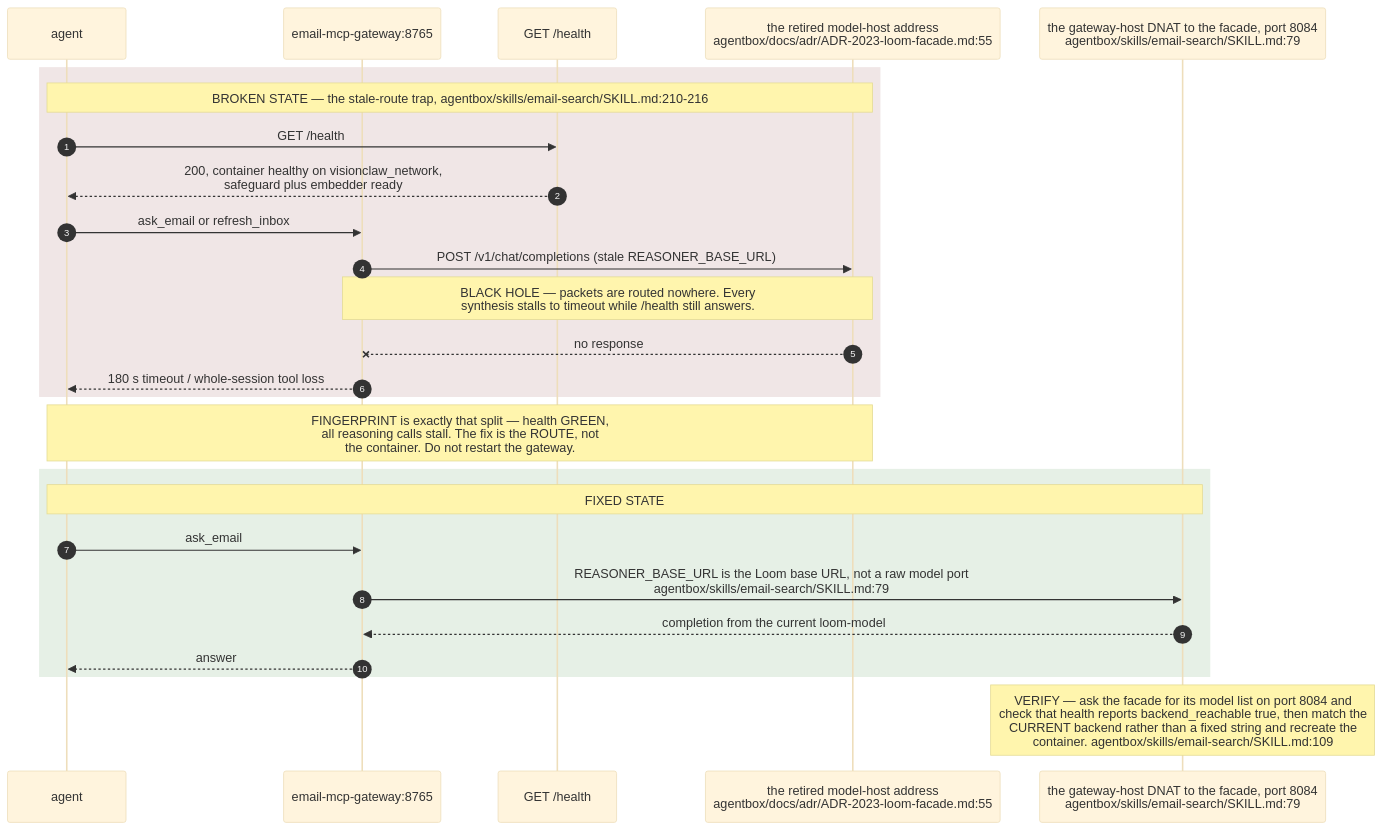
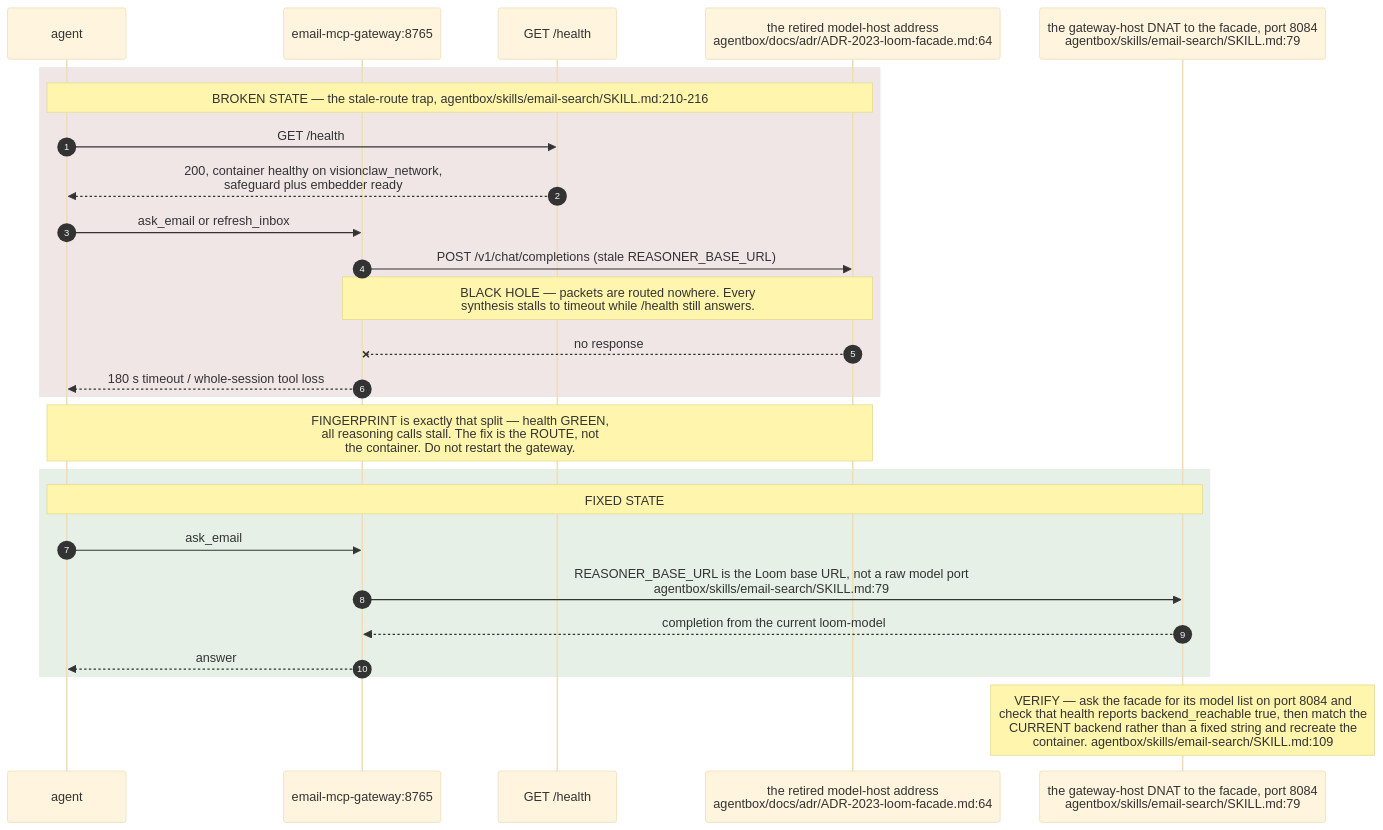
Before and after one commit to DreamLab-AI/VisionFlow: the seventh of 11 diagrams in docs/diagrams/estate/06-loom-and-email-privacy-path.md, drawn with Mermaid (base theme). The commit also changed other lines of this file and 91 other files, not shown here.

````diff
--- a/docs/diagrams/estate/06-loom-and-email-privacy-path.md
+++ b/docs/diagrams/estate/06-loom-and-email-privacy-path.md
@@ -241,29 +244,29 @@
 ```mermaid
 sequenceDiagram
     autonumber
     participant A as agent
     participant G as email-mcp-gateway:8765
     participant H as GET /health
-    participant DEAD as the retired model-host address<br/>agentbox/docs/adr/ADR-2023-loom-facade.md:55
+    participant DEAD as the retired model-host address<br/>agentbox/docs/adr/ADR-2023-loom-facade.md:64
     participant GOOD as the gateway-host DNAT to the facade, port 8084<br/>agentbox/skills/email-search/SKILL.md:79
 
     rect rgb(240,230,230)
     Note over A,DEAD: BROKEN STATE — the stale-route trap, agentbox/skills/email-search/SKILL.md:210-216
     A->>H: GET /health
     H-->>A: 200, container healthy on visionclaw_network,<br/>safeguard plus embedder ready
     A->>G: ask_email or refresh_inbox
     G->>DEAD: POST /v1/chat/completions (stale REASONER_BASE_URL)
     Note over G,DEAD: BLACK HOLE — packets are routed nowhere. Every<br/>synthesis stalls to timeout while /health still answers.
     DEAD--xG: no response
     G-->>A: 180 s timeout / whole-session tool loss
     end
     Note over A,DEAD: FINGERPRINT is exactly that split — health GREEN,<br/>all reasoning calls stall. The fix is the ROUTE, not<br/>the container. Do not restart the gateway.
     rect rgb(230,240,230)
     Note over A,GOOD: FIXED STATE
     A->>G: ask_email
     G->>GOOD: REASONER_BASE_URL is the Loom base URL, not a raw model port<br/>agentbox/skills/email-search/SKILL.md:79
     GOOD-->>G: completion from the current loom-model
     G-->>A: answer
     end
     Note over GOOD: VERIFY — ask the facade for its model list on port 8084 and<br/>check that health reports backend_reachable true, then match the<br/>CURRENT backend rather than a fixed string and recreate the<br/>container. agentbox/skills/email-search/SKILL.md:109
 ```
````
